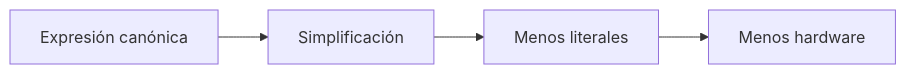
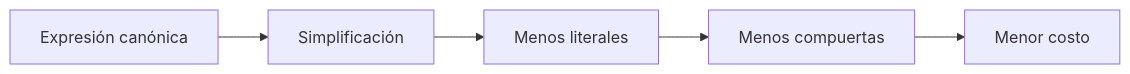
Before and after one commit to roblezsdier02-alt/cuaderno-sintesis-unidad1: the first of 5 diagrams in semana-2/README.md, drawn with Mermaid. The commit also changed other lines of this file, not shown here.

````diff
--- a/semana-2/README.md
+++ b/semana-2/README.md
@@ -595,6 +1182,11 @@
 ```mermaid
 flowchart LR
+
     A["Expresión canónica"] --> B["Simplificación"]
+
     B --> C["Menos literales"]
-    C --> D["Menos hardware"]
+
+    C --> D["Menos compuertas"]
+
+    D --> E["Menor costo"]
 ```
````
